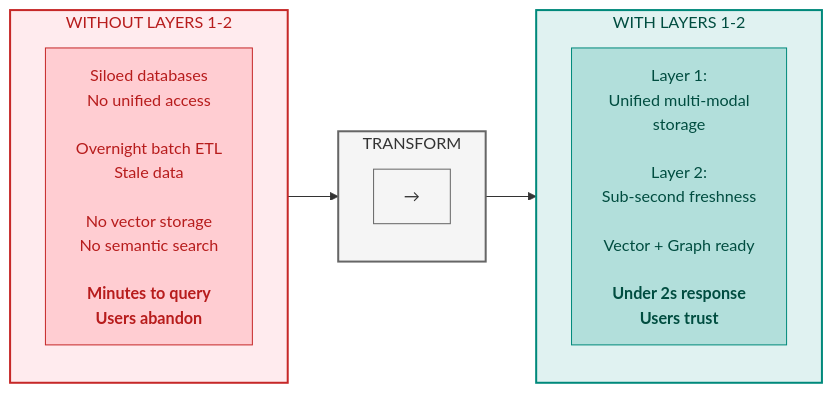
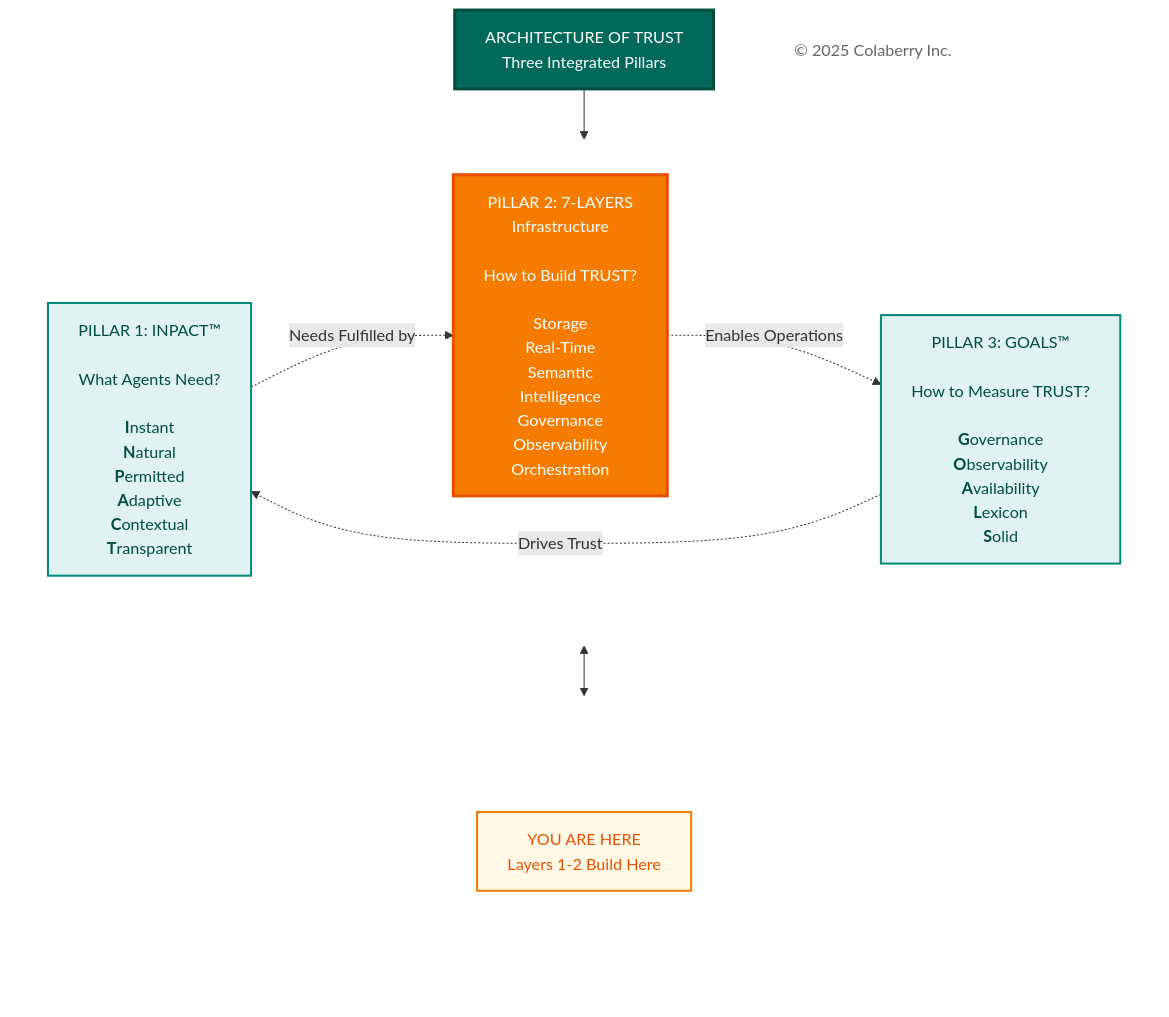
Before and after one commit to saitejesh-cyber/trust-before-intelligence-book: the first of 11 diagrams in manuscript/05_chapter_4_foundation_layers_v4_1.md, drawn with Mermaid.

Commit message:
Fixing the three pillars diagram
Fixing the three pillars diagram

````diff
--- a/manuscript/05_chapter_4_foundation_layers_v4_1.md
+++ b/manuscript/05_chapter_4_foundation_layers_v4_1.md
@@ -15,28 +15,42 @@
 ```mermaid
 
-graph LR
-    subgraph WITHOUT["WITHOUT LAYERS 1-2"]
-        direction TB
-        W1["Siloed databases<br/>No unified access<br/><br/>Overnight batch ETL<br/>Stale data<br/><br/>No vector storage<br/>No semantic search<br/><br/><b>Minutes to query<br/>Users abandon</b>"]
+graph TB
+    Title["ARCHITECTURE OF TRUST<br/>Three Integrated Pillars"]
+    
+    subgraph PILLARS[" "]
+        direction LR
+        INPACT["`PILLAR 1: INPACT™<br/><br/>What Agents Need?<br/><br/>**I**nstant<br/>**N**atural<br/>**P**ermitted<br/>**A**daptive<br/>**C**ontextual<br/>**T**ransparent`"]
+        
+        Layers["PILLAR 2: 7-LAYERS<br/>Infrastructure<br/><br/>How to Build TRUST?<br/><br/>Storage<br/>Real-Time<br/>Semantic<br/>Intelligence<br/>Governance<br/>Observability<br/>Orchestration"]
+        
+        GOALS["`PILLAR 3: GOALS™<br/><br/>How to Measure TRUST?<br/><br/>**G**overnance<br/>**O**bservability<br/>**A**vailability<br/>**L**exicon<br/>**S**olid`"]
     end
     
-    subgraph TRANSFORM["TRANSFORM"]
-        direction TB
-        T1["→"]
+    subgraph INDICATOR[" "]
+        direction LR
+        Spacer1[" "]
+        YouAreHere["YOU ARE HERE<br/>Layers 1-2 Build Here"]
+        Spacer2[" "]
     end
     
-    subgraph WITH["WITH LAYERS 1-2"]
-        direction TB
-        L1["Layer 1:<br/>Unified multi-modal<br/>storage<br/><br/>Layer 2:<br/>Sub-second freshness<br/><br/>Vector + Graph ready<br/><br/><b>Under 2s response<br/>Users trust</b>"]
-    end
+    Copyright["© 2025 Colaberry Inc."]
     
-    WITHOUT --> TRANSFORM --> WITH
+    Title --> PILLARS
+    PILLARS <--> INDICATOR
     
-    style WITHOUT fill:#ffebee,stroke:#c62828,stroke-width:2px,color:#b71c1c
-    style TRANSFORM fill:#f5f5f5,stroke:#666666,stroke-width:2px,color:#333333
-    style WITH fill:#e0f2f1,stroke:#00897b,stroke-width:2px,color:#004d40
-    style W1 fill:#ffcdd2,stroke:#c62828,color:#b71c1c
-    style T1 fill:#f5f5f5,stroke:#666666,color:#333333
-    style L1 fill:#b2dfdb,stroke:#00897b,color:#004d40
+    INPACT -.->|"Needs Fulfilled by"| Layers
+    Layers -.->|"Enables Operations"| GOALS
+    GOALS -.->|"Drives Trust"| INPACT
+
+    style Title fill:#00695c,color:#ffffff,stroke:#004d40,stroke-width:3px
+    style PILLARS fill:none,stroke:none
+    style INDICATOR fill:none,stroke:none
+    style INPACT fill:#e0f2f1,stroke:#00897b,stroke-width:2px,color:#004d40
+    style Layers fill:#f57c00,stroke:#e65100,stroke-width:3px,color:#ffffff
+    style GOALS fill:#e0f2f1,stroke:#00897b,stroke-width:2px,color:#004d40
+    style Spacer1 fill:none,stroke:none,color:transparent
+    style YouAreHere fill:#fff9e6,stroke:#f57c00,stroke-width:2px,color:#e65100
+    style Spacer2 fill:none,stroke:none,color:transparent
+    style Copyright fill:#ffffff,stroke:none,color:#666666
 
 ```
````
